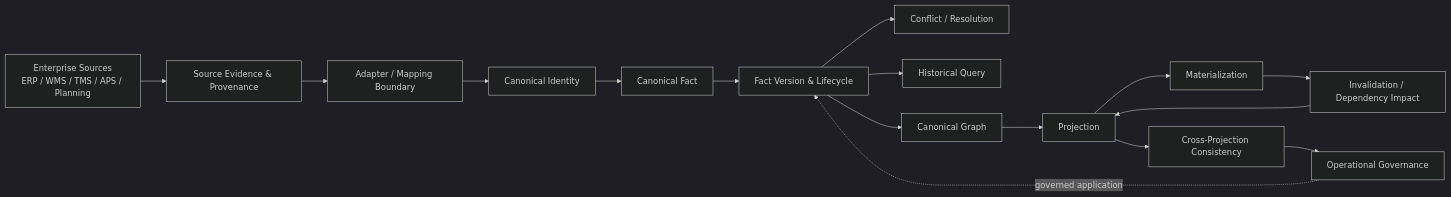
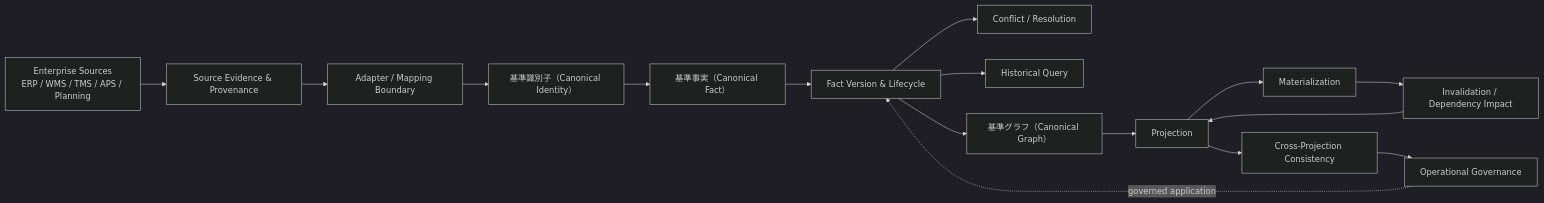
One commit to miumigy/scm-ontology changed the first of 6 diagrams in README.ja.md. Above: the diagram before and after it, drawn with Mermaid (dark theme). The commit also changed other lines of this file and 1 other file, not shown here.

Commit message:
docs: improve Japanese terminology for canonical concepts

````diff
--- a/README.ja.md
+++ b/README.ja.md
@@ -77,18 +77,18 @@
 ```mermaid
 flowchart LR
     A[Enterprise Sources\nERP / WMS / TMS / APS / Planning] --> B[Source Evidence & Provenance]
     B --> C[Adapter / Mapping Boundary]
-    C --> D[Canonical Identity]
-    D --> E[Canonical Fact]
+    C --> D[基準識別子（Canonical Identity）]
+    D --> E[基準事実（Canonical Fact）]
     E --> F[Fact Version & Lifecycle]
     F --> G[Conflict / Resolution]
     F --> H[Historical Query]
-    F --> I[Canonical Graph]
+    F --> I[基準グラフ（Canonical Graph）]
     I --> J[Projection]
     J --> K[Materialization]
     K --> L[Invalidation / Dependency Impact]
     L --> J
     J --> M[Cross-Projection Consistency]
     M --> N[Operational Governance]
     N -. governed application .-> F
 ```
````
